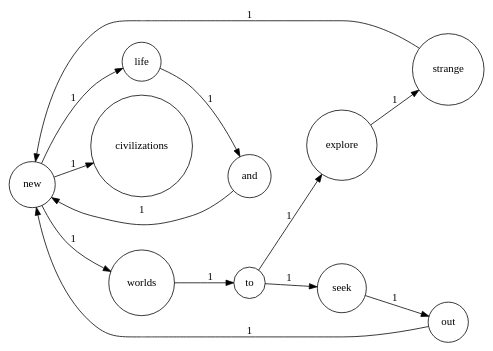
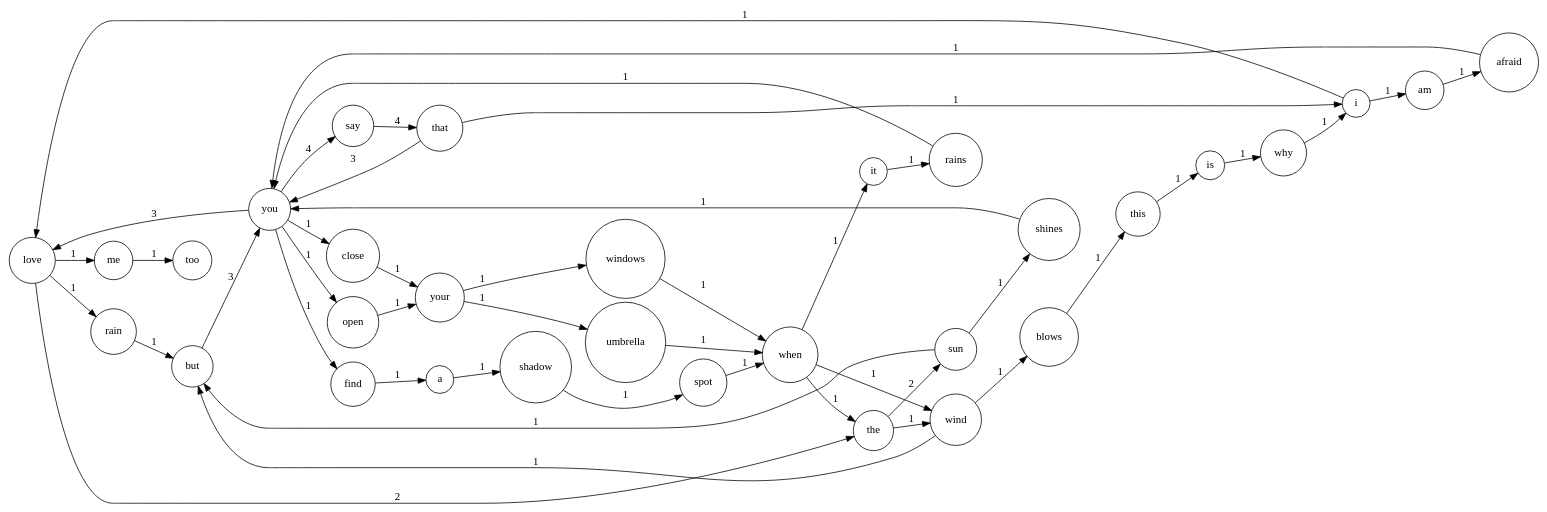
The diagram in outputGraph.dot (Semonlkf/Lab1-2021111057), drawn with Graphviz before and after one commit. The commit also changed 20 other files, not shown here.

```diff
--- a/outputGraph.dot
+++ b/outputGraph.dot
@@ -1,16 +1,48 @@
 digraph G {
     rankdir=LR;
     node [shape=circle];
-    new -> worlds [label=1];
-    new -> life [label=1];
-    new -> civilizations [label=1];
-    worlds -> to [label=1];
-    explore -> strange [label=1];
-    and -> new [label=1];
-    to -> explore [label=1];
-    to -> seek [label=1];
-    seek -> out [label=1];
-    strange -> new [label=1];
-    life -> and [label=1];
-    out -> new [label=1];
+    love -> rain [label=1];
+    love -> the [label=2];
+    love -> me [label=1];
+    but -> you [label=3];
+    shines -> you [label=1];
+    shadow -> spot [label=1];
+    why -> i [label=1];
+    your -> umbrella [label=1];
+    your -> windows [label=1];
+    when -> it [label=1];
+    when -> the [label=1];
+    when -> wind [label=1];
+    sun -> but [label=1];
+    sun -> shines [label=1];
+    that -> you [label=3];
+    that -> i [label=1];
+    find -> a [label=1];
+    blows -> this [label=1];
+    me -> too [label=1];
+    close -> your [label=1];
+    you -> say [label=4];
+    you -> love [label=3];
+    you -> open [label=1];
+    you -> find [label=1];
+    you -> close [label=1];
+    rain -> but [label=1];
+    a -> shadow [label=1];
+    umbrella -> when [label=1];
+    this -> is [label=1];
+    i -> love [label=1];
+    i -> am [label=1];
+    say -> that [label=4];
+    is -> why [label=1];
+    it -> rains [label=1];
+    rains -> you [label=1];
+    windows -> when [label=1];
+    am -> afraid [label=1];
+    the -> sun [label=2];
+    the -> wind [label=1];
+    spot -> when [label=1];
+    afraid -> you [label=1];
+    open -> your [label=1];
+    wind -> but [label=1];
+    wind -> blows [label=1];
 }
```
